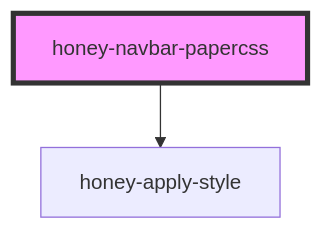
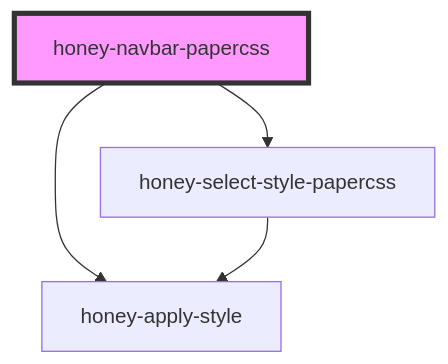
One commit to Huluvu424242/honey-news changed the diagram in src/components/honey-style-lib/honey-navbar/honey-navbar-papercss/readme.md. Above: the diagram before and after it, drawn with Mermaid. The commit also changed other lines of this file and 14 other files, not shown here.

````diff
--- a/src/components/honey-style-lib/honey-navbar/honey-navbar-papercss/readme.md
+++ b/src/components/honey-style-lib/honey-navbar/honey-navbar-papercss/readme.md
@@ -15,5 +16,7 @@
 ```mermaid
 graph TD;
   honey-navbar-papercss --> honey-apply-style
+  honey-navbar-papercss --> honey-select-style-papercss
+  honey-select-style-papercss --> honey-apply-style
   style honey-navbar-papercss fill:#f9f,stroke:#333,stroke-width:4px
 ```
````
